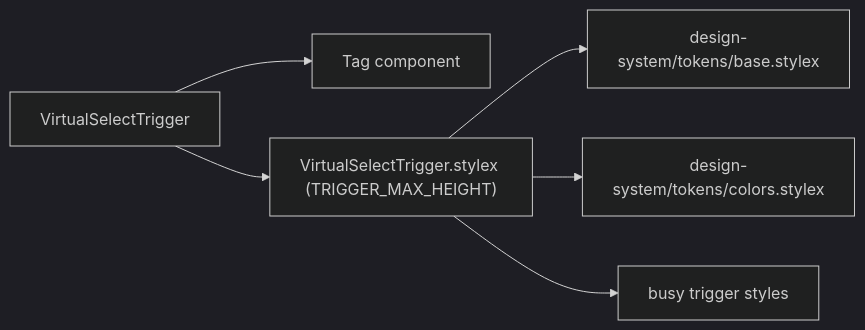
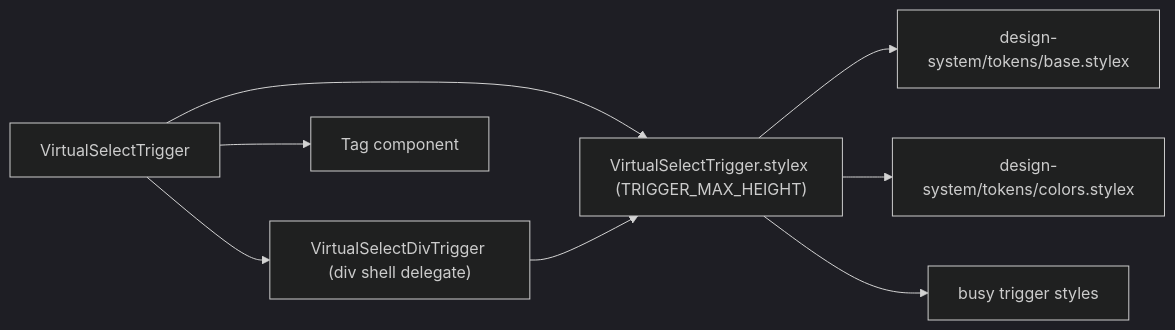
The first of 2 diagrams in packages/ui/src/components/VirtualSelect/VirtualSelectTrigger/ARCHITECTURE.md (luciocabrera/lcabrera-stack), drawn with Mermaid (dark theme) before and after one commit. The commit also changed other lines of this file and 10 other files, not shown here.

Commit message:
feat(VirtualSelect): implement VirtualSelectDivTrigger for enhanced interaction handling

````diff
--- a/packages/ui/src/components/VirtualSelect/VirtualSelectTrigger/ARCHITECTURE.md
+++ b/packages/ui/src/components/VirtualSelect/VirtualSelectTrigger/ARCHITECTURE.md
@@ -18,8 +24,10 @@
 ```mermaid
 graph LR
-  VST["VirtualSelectTrigger"] --> Tag["Tag component"]
+  VST["VirtualSelectTrigger"] --> VSDT["VirtualSelectDivTrigger (div shell delegate)"]
+  VST --> Tag["Tag component"]
   VST --> VST_stylex["VirtualSelectTrigger.stylex (TRIGGER_MAX_HEIGHT)"]
+  VSDT --> VST_stylex
   VST_stylex --> base_tokens["design-system/tokens/base.stylex"]
   VST_stylex --> colors["design-system/tokens/colors.stylex"]
   VST_stylex --> busy["busy trigger styles"]
 ```
````
